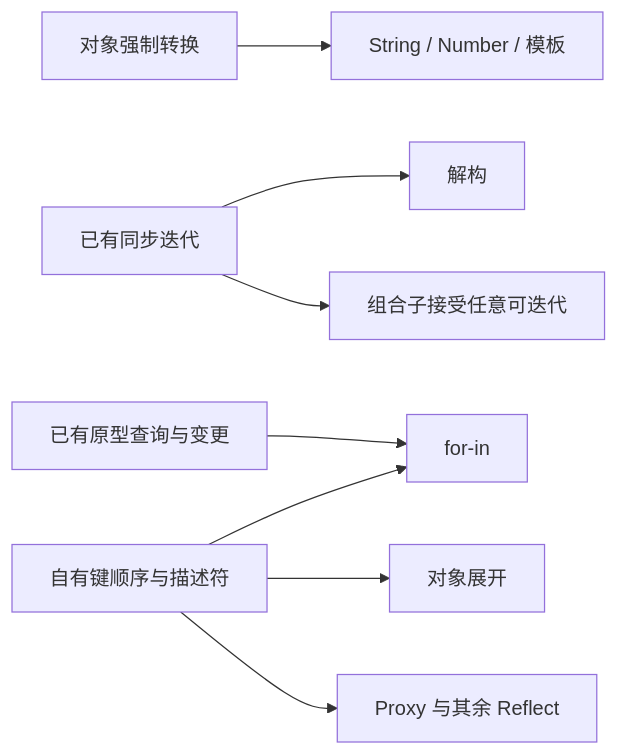
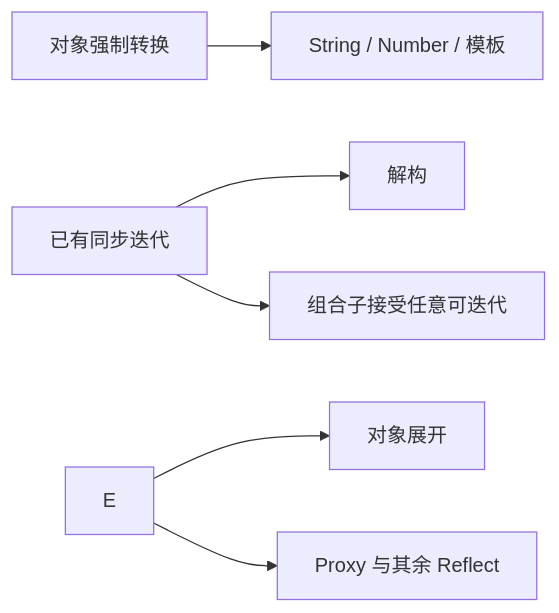
The diagram in docs/gaps.md (codehz/yield-js), drawn with Mermaid before and after one commit. The commit also changed other lines of this file and 15 other files, not shown here.

````diff
--- a/docs/gaps.md
+++ b/docs/gaps.md
@@ -94,10 +93,8 @@
 ```mermaid
 flowchart LR
   C[对象强制转换] --> S[String / Number / 模板]
   I[已有同步迭代] --> D[解构]
   I --> P[组合子接受任意可迭代]
-  E[自有键顺序与描述符] --> N[for-in]
   E --> O[对象展开]
-  K[已有原型查询与变更] --> N
   E --> R[Proxy 与其余 Reflect]
 ```
````
